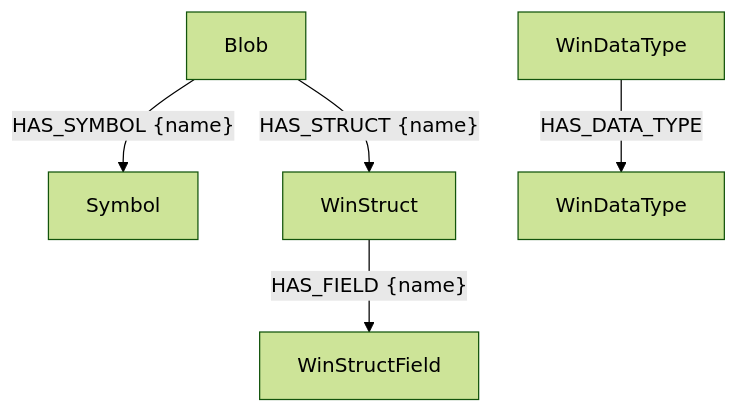
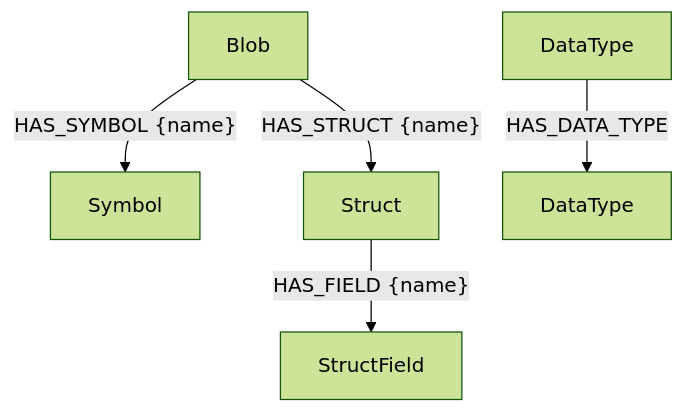
One commit to OSWatcher/oswatcher-plugins changed the fourth of 5 diagrams in docs/reference/data-model.md. Above: the diagram before and after it, drawn with Mermaid (forest theme). The commit also changed other lines of this file, not shown here.

First line of the commit message:
docs: enhance WinDataType documentation with detailed type cases

````diff
--- a/docs/reference/data-model.md
+++ b/docs/reference/data-model.md
@@ -184,7 +184,7 @@
 ```mermaid
 graph TD
     Blob -->|"HAS_SYMBOL {name}"| Symbol
-    Blob -->|"HAS_STRUCT {name}"| WinStruct
-    WinStruct -->|"HAS_FIELD {name}"| WinStructField
-    WinDataType -->|HAS_DATA_TYPE| WinDataType2[WinDataType]
+    Blob -->|"HAS_STRUCT {name}"| Struct
+    Struct -->|"HAS_FIELD {name}"| StructField
+    DataType -->|HAS_DATA_TYPE| DataType2[DataType]
 ```
````
